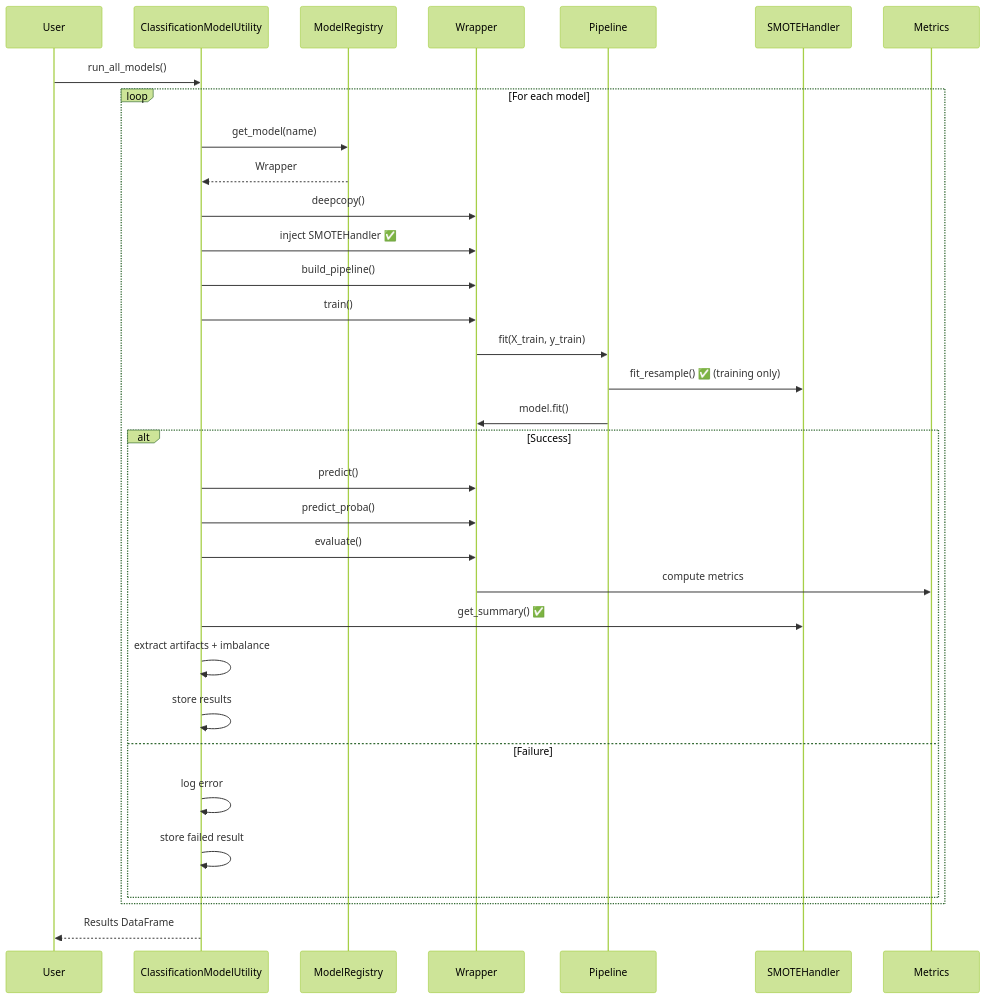
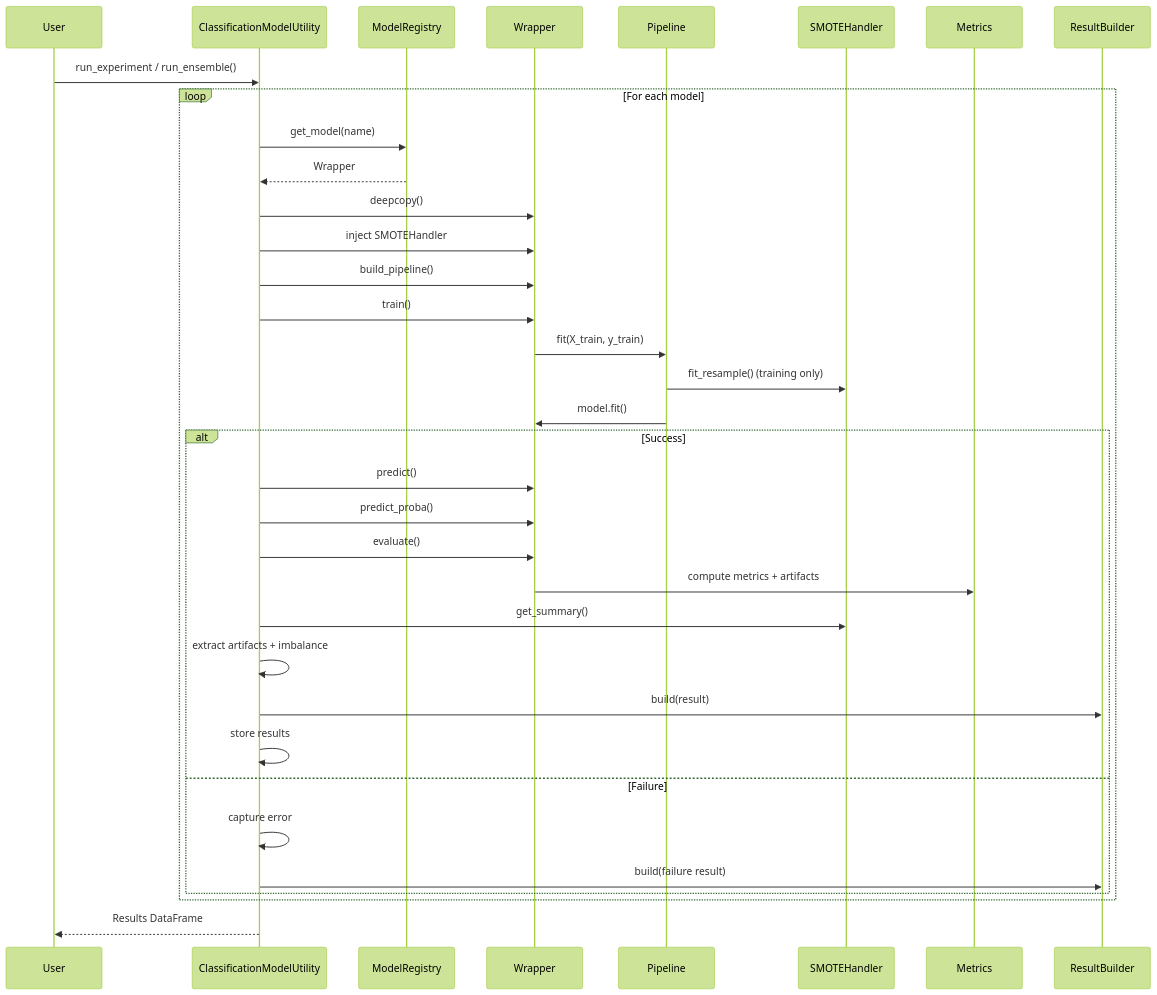
One commit to abhinavssingh/python-learnings changed the third of 6 diagrams in lib/utility/machinelearning/README.md. Above: the diagram before and after it, drawn with Mermaid (forest theme). The commit also changed other lines of this file and 13 other files, not shown here.

````diff
--- a/lib/utility/machinelearning/README.md
+++ b/lib/utility/machinelearning/README.md
@@ -83,46 +96,48 @@
 ```mermaid
 sequenceDiagram
     participant U as User
     participant CMU as ClassificationModelUtility
     participant MR as ModelRegistry
     participant W as Wrapper
     participant P as Pipeline
     participant SM as SMOTEHandler
     participant MET as Metrics
+    participant RB as ResultBuilder
 
-    U->>CMU: run_all_models()
+    U->>CMU: run_experiment / run_ensemble()
 
     loop For each model
         CMU->>MR: get_model(name)
         MR-->>CMU: Wrapper
 
         CMU->>W: deepcopy()
-        CMU->>W: inject SMOTEHandler ✅
+        CMU->>W: inject SMOTEHandler
         CMU->>W: build_pipeline()
 
         CMU->>W: train()
         W->>P: fit(X_train, y_train)
 
-        P->>SM: fit_resample() ✅ (training only)
+        P->>SM: fit_resample() (training only)
         P->>W: model.fit()
 
         alt Success
             CMU->>W: predict()
             CMU->>W: predict_proba()
 
             CMU->>W: evaluate()
-            W->>MET: compute metrics
+            W->>MET: compute metrics + artifacts
 
-            CMU->>SM: get_summary() ✅
+            CMU->>SM: get_summary()
             CMU->>CMU: extract artifacts + imbalance
 
+            CMU->>RB: build(result)
             CMU->>CMU: store results
 
         else Failure
-            CMU->>CMU: log error
-            CMU->>CMU: store failed result
+            CMU->>CMU: capture error
+            CMU->>RB: build(failure result)
         end
     end
 
     CMU-->>U: Results DataFrame
 ```
````
